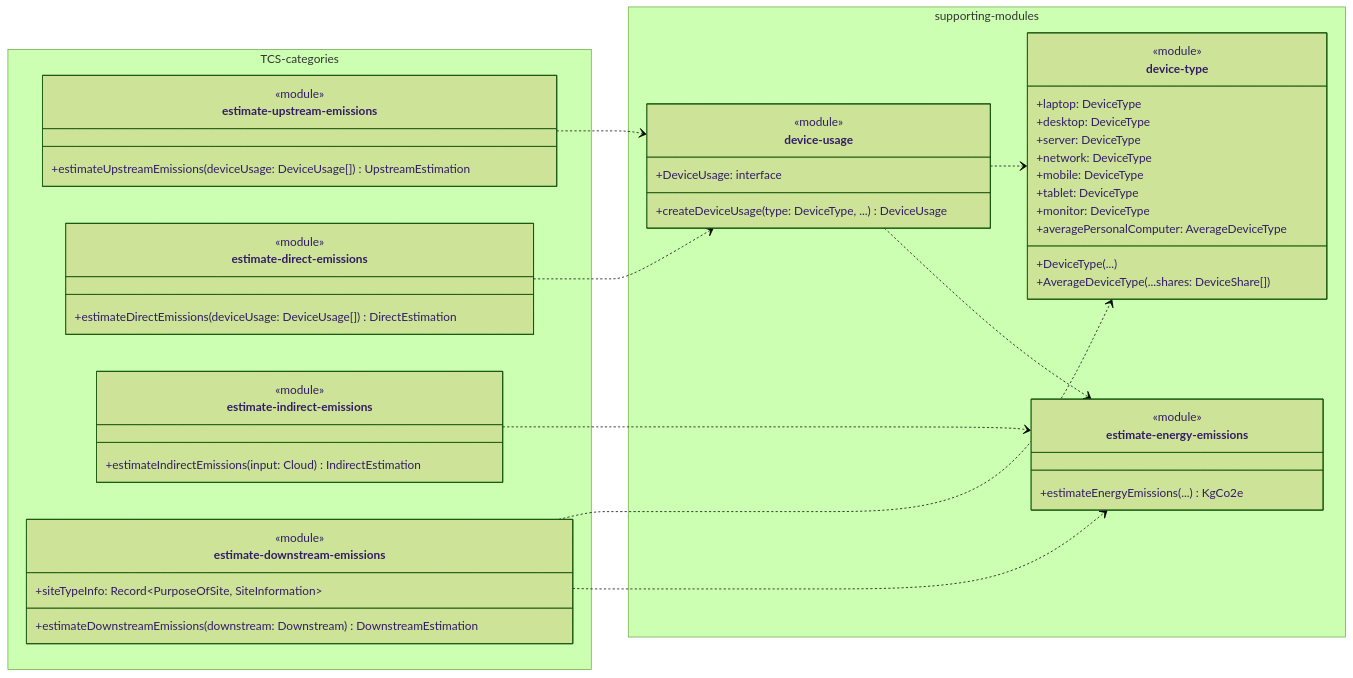
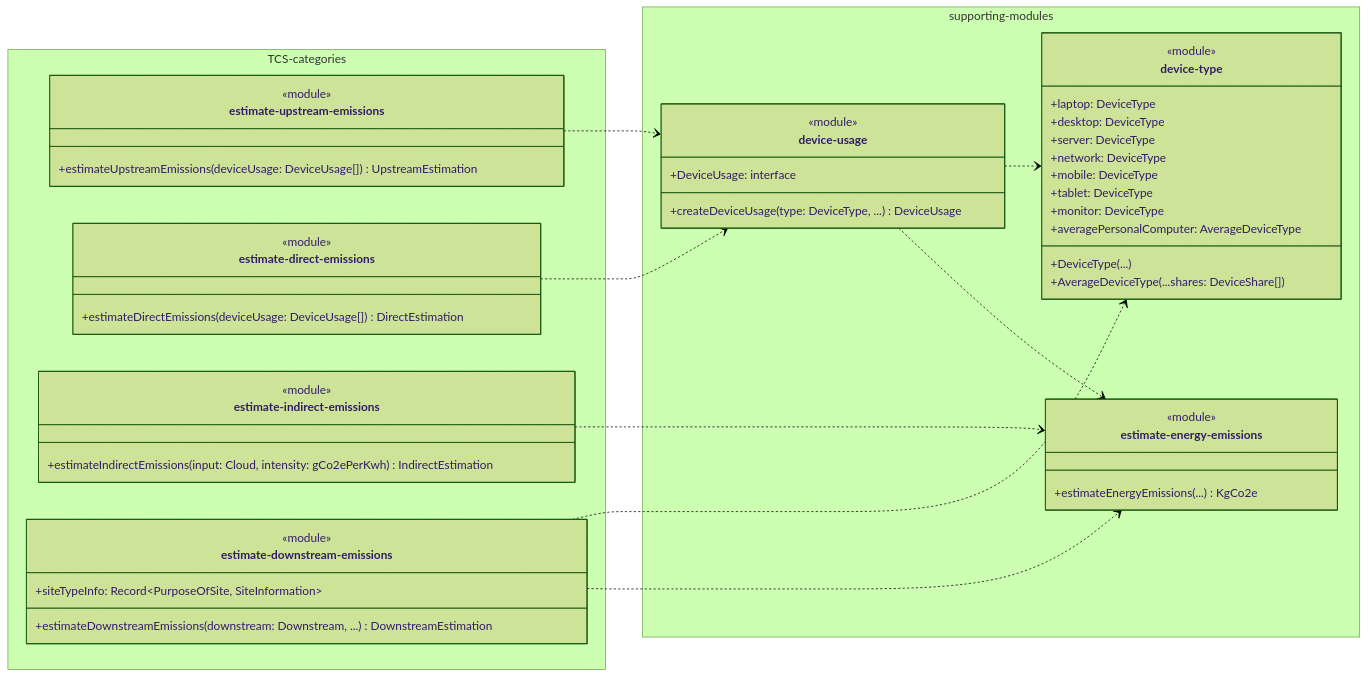
The first of 4 diagrams in docs/estimation.md (ScottLogic/sl-tech-carbon-estimator), drawn with Mermaid (forest theme) before and after one commit. The commit also changed other lines of this file and 15 other files, not shown here.

````diff
--- a/docs/estimation.md
+++ b/docs/estimation.md
@@ -5,61 +5,61 @@
 ```mermaid
 classDiagram
   direction LR
   namespace TCS-categories {
     class estimate-upstream-emissions{
       <<module>>
       +estimateUpstreamEmissions(deviceUsage: DeviceUsage[]) UpstreamEstimation
     }
 
     class estimate-direct-emissions{
       <<module>>
       +estimateDirectEmissions(deviceUsage: DeviceUsage[]) DirectEstimation
     }
 
     class estimate-indirect-emissions{
       <<module>>
-      +estimateIndirectEmissions(input: Cloud) IndirectEstimation
+      +estimateIndirectEmissions(input: Cloud, intensity: gCo2ePerKwh) IndirectEstimation
     }
 
     class estimate-downstream-emissions{
       <<module>>
       +siteTypeInfo: Record~PurposeOfSite, SiteInformation~
-      +estimateDownstreamEmissions(downstream: Downstream) DownstreamEstimation
+      +estimateDownstreamEmissions(downstream: Downstream, ...) DownstreamEstimation
     }
   }
 
   namespace supporting-modules{
     class device-usage {
       <<module>>
       +DeviceUsage: interface
       +createDeviceUsage(type: DeviceType, ...) DeviceUsage
     }
 
     class device-type {
       <<module>>
       +laptop: DeviceType
       +desktop: DeviceType
       +server: DeviceType
       +network: DeviceType
       +mobile: DeviceType
       +tablet: DeviceType
       +monitor: DeviceType
       +averagePersonalComputer: AverageDeviceType
       +DeviceType(...)
       +AverageDeviceType(...shares: DeviceShare[])
     }
 
     class estimate-energy-emissions {
       <<module>>
       +estimateEnergyEmissions(...) KgCo2e
     }
   }
 
   estimate-upstream-emissions ..> device-usage
   estimate-direct-emissions ..> device-usage
   estimate-indirect-emissions ..> estimate-energy-emissions
   estimate-downstream-emissions ..> device-type
   estimate-downstream-emissions ..> estimate-energy-emissions
   device-usage ..> device-type
   device-usage ..> estimate-energy-emissions
 ```
````
